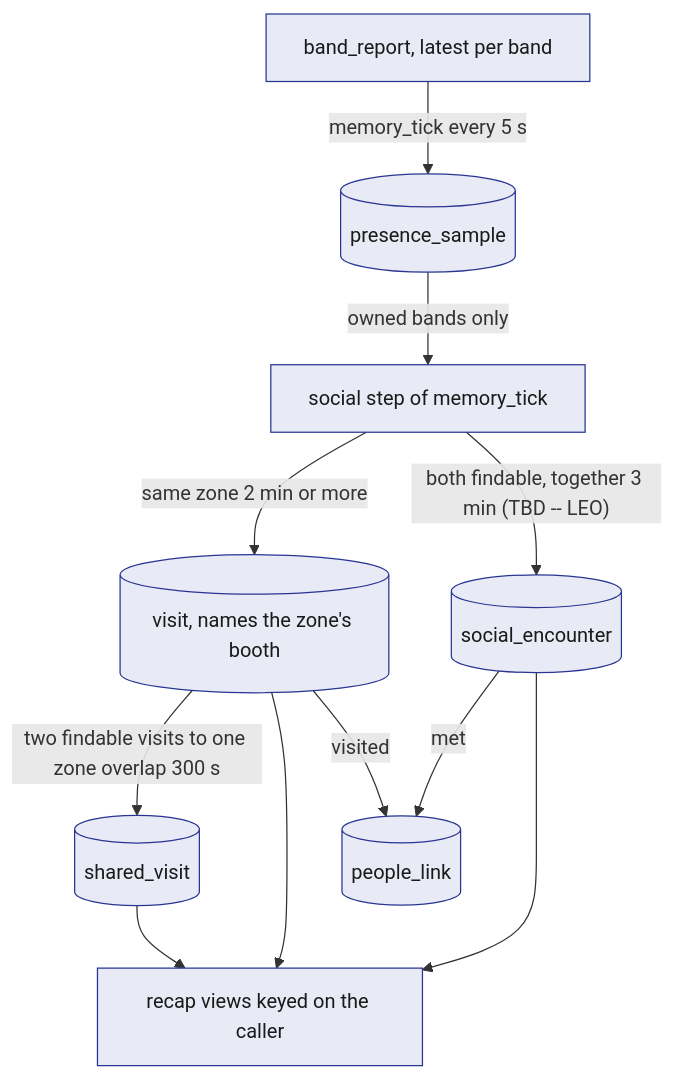
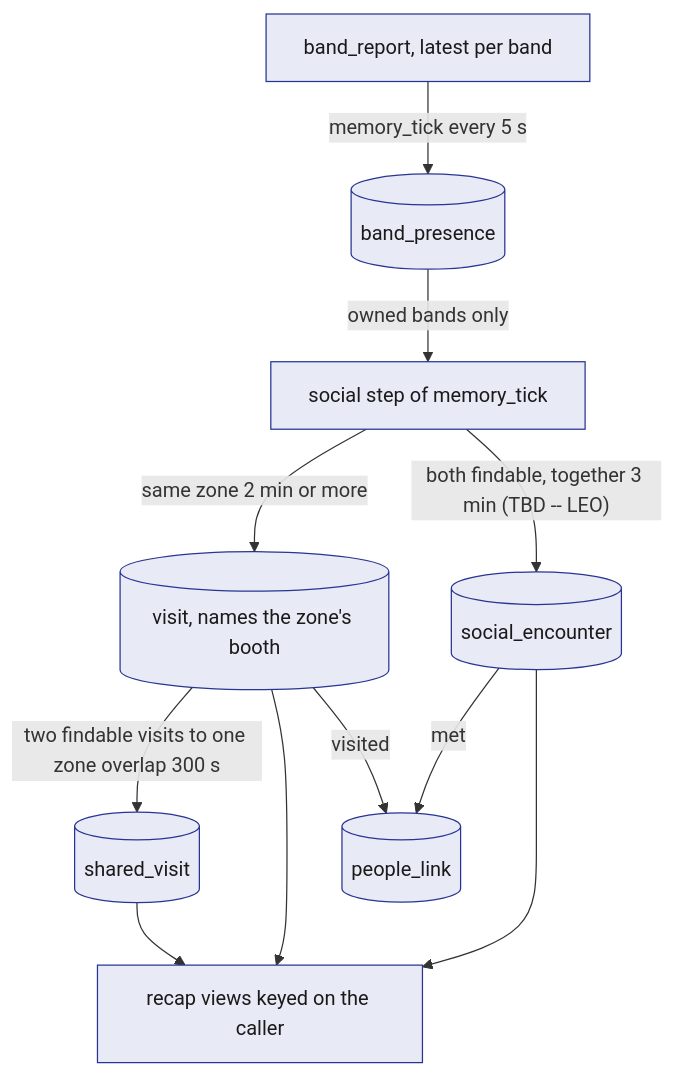
One commit to viktorinkov/cal-hacks-13 changed the first of 3 diagrams in System Design/6-features/Social.md. Above: the diagram before and after it, drawn with Mermaid. The commit also changed other lines of this file and 22 other files, not shown here.

````diff
--- a/System Design/6-features/Social.md
+++ b/System Design/6-features/Social.md
@@ -55,15 +55,15 @@
 ```mermaid
 flowchart TD
-    BR["band_report, latest per band"] -->|"memory_tick every 5 s"| PS[("presence_sample")]
+    BR["band_report, latest per band"] -->|"memory_tick every 5 s"| PS[("band_presence")]
     PS -->|"owned bands only"| ST["social step of memory_tick"]
     ST -->|"same zone 2 min or more"| V[("visit, names the zone's booth")]
     ST -->|"both findable, together 3 min (TBD -- LEO)"| E[("social_encounter")]
     V -->|"two findable visits to one zone overlap 300 s"| SV[("shared_visit")]
     V --> SUM["recap views keyed on the caller"]
     SV --> SUM
     V -->|"visited"| PL[("people_link")]
     E -->|"met"| PL
     E --> SUM
     classDef stdb fill:#E8EAF6,stroke:#283593,color:#1A1A1A
     class BR,PS,ST,V,E,SV,PL,SUM stdb
 ```
````
